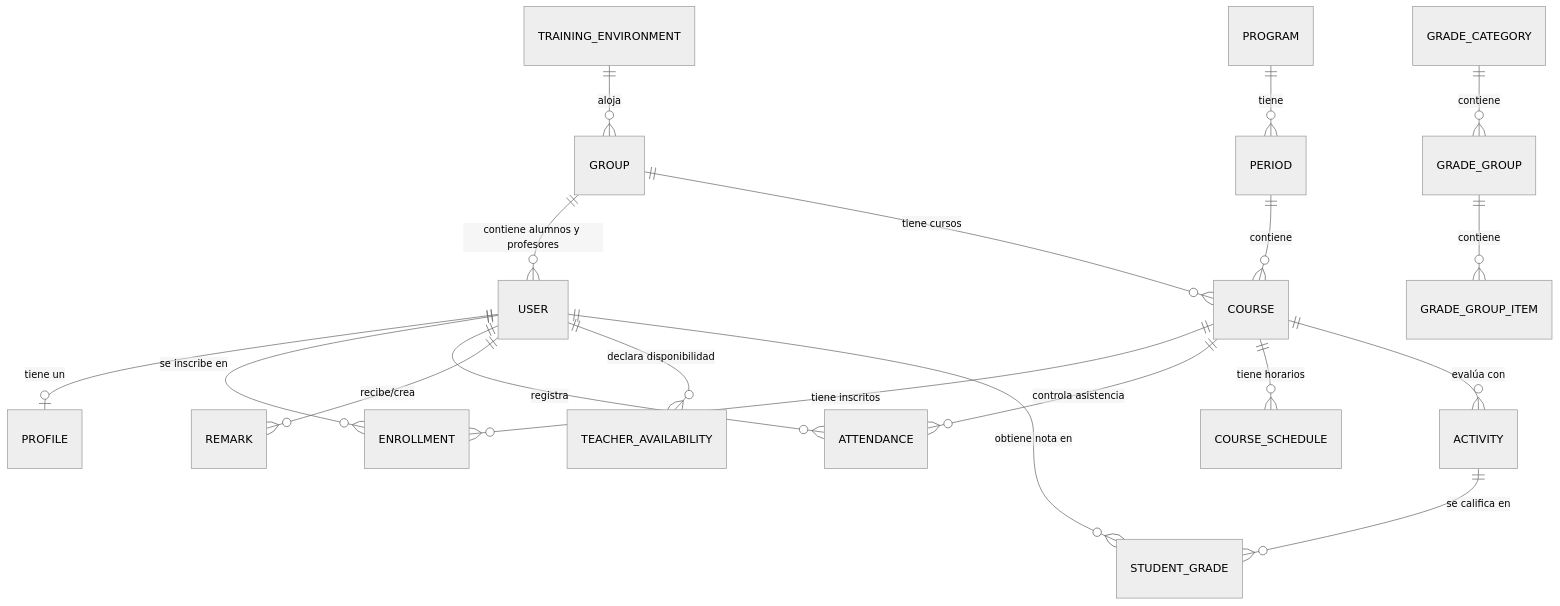
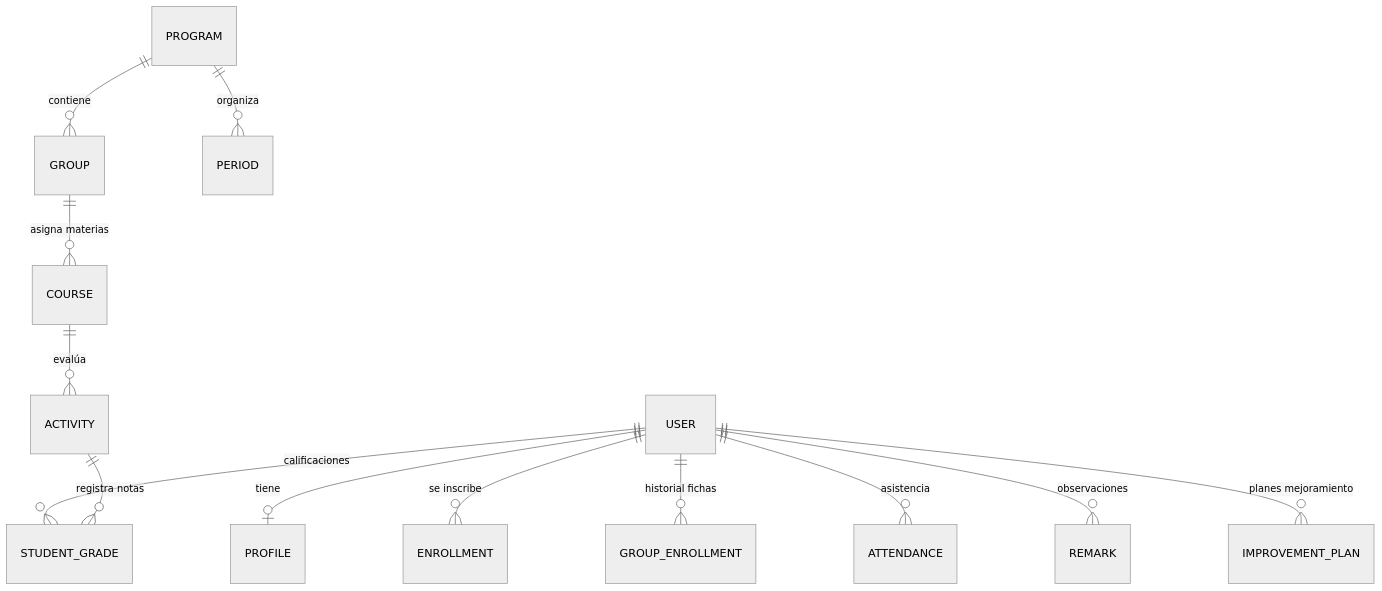
Before and after one commit to senaacademix/academix-v2: the diagram in DOCUMENTACION.md, drawn with Mermaid (neutral theme). The commit also changed other lines of this file and 99 other files, not shown here.

````diff
--- a/DOCUMENTACION.md
+++ b/DOCUMENTACION.md
@@ -188,21 +197,15 @@
 ```mermaid
 erDiagram
-    USER ||--o| PROFILE : "tiene un"
-    USER ||--o{ ENROLLMENT : "se inscribe en"
-    USER ||--o{ ATTENDANCE : "registra"
-    USER ||--o{ REMARK : "recibe/crea"
-    USER ||--o{ TEACHER_AVAILABILITY : "declara disponibilidad"
-    USER ||--o{ STUDENT_GRADE : "obtiene nota en"
-    GROUP ||--o{ USER : "contiene alumnos y profesores"
-    PROGRAM ||--o{ PERIOD : "tiene"
-    PERIOD ||--o{ COURSE : "contiene"
-    GROUP ||--o{ COURSE : "tiene cursos"
-    COURSE ||--o{ ENROLLMENT : "tiene inscritos"
-    COURSE ||--o{ ATTENDANCE : "controla asistencia"
-    COURSE ||--o{ COURSE_SCHEDULE : "tiene horarios"
-    COURSE ||--o{ ACTIVITY : "evalúa con"
-    ACTIVITY ||--o{ STUDENT_GRADE : "se califica en"
-    GRADE_CATEGORY ||--o{ GRADE_GROUP : "contiene"
-    GRADE_GROUP ||--o{ GRADE_GROUP_ITEM : "contiene"
-    TRAINING_ENVIRONMENT ||--o{ GROUP : "aloja"
+    USER ||--o| PROFILE : "tiene"
+    USER ||--o{ ENROLLMENT : "se inscribe"
+    USER ||--o{ GROUP_ENROLLMENT : "historial fichas"
+    USER ||--o{ ATTENDANCE : "asistencia"
+    USER ||--o{ REMARK : "observaciones"
+    USER ||--o{ STUDENT_GRADE : "calificaciones"
+    USER ||--o{ IMPROVEMENT_PLAN : "planes mejoramiento"
+    PROGRAM ||--o{ GROUP : "contiene"
+    PROGRAM ||--o{ PERIOD : "organiza"
+    GROUP ||--o{ COURSE : "asigna materias"
+    COURSE ||--o{ ACTIVITY : "evalúa"
+    ACTIVITY ||--o{ STUDENT_GRADE : "registra notas"
 ```
````
